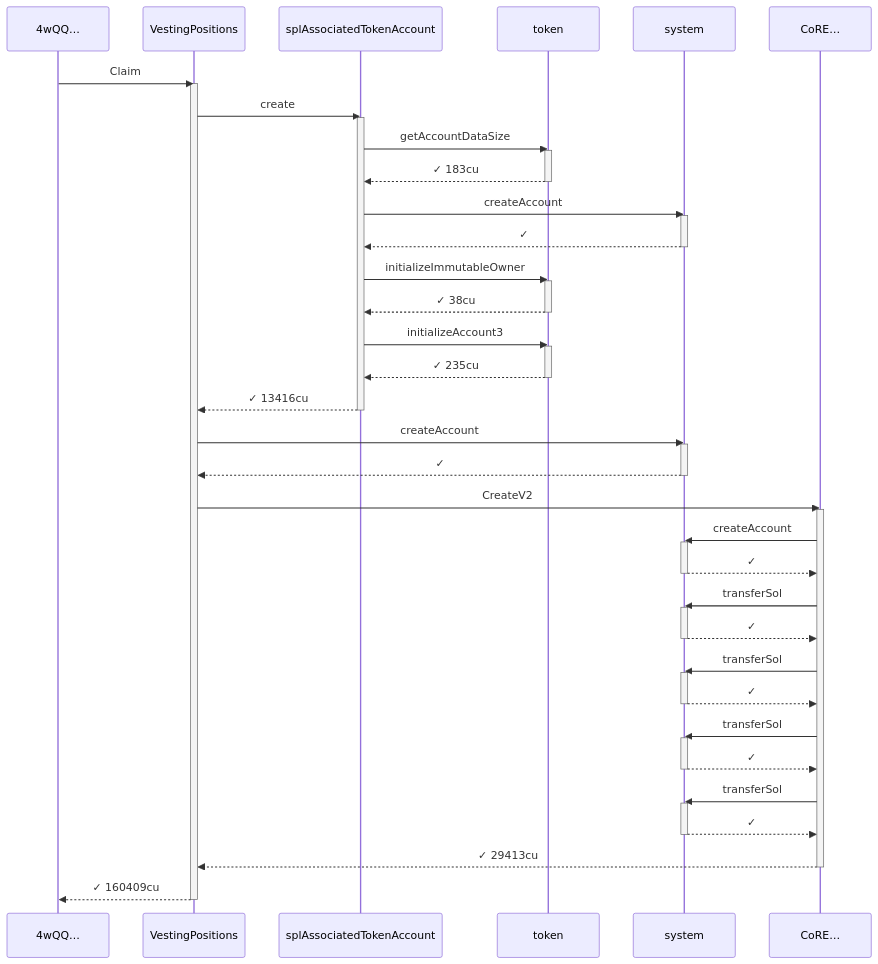
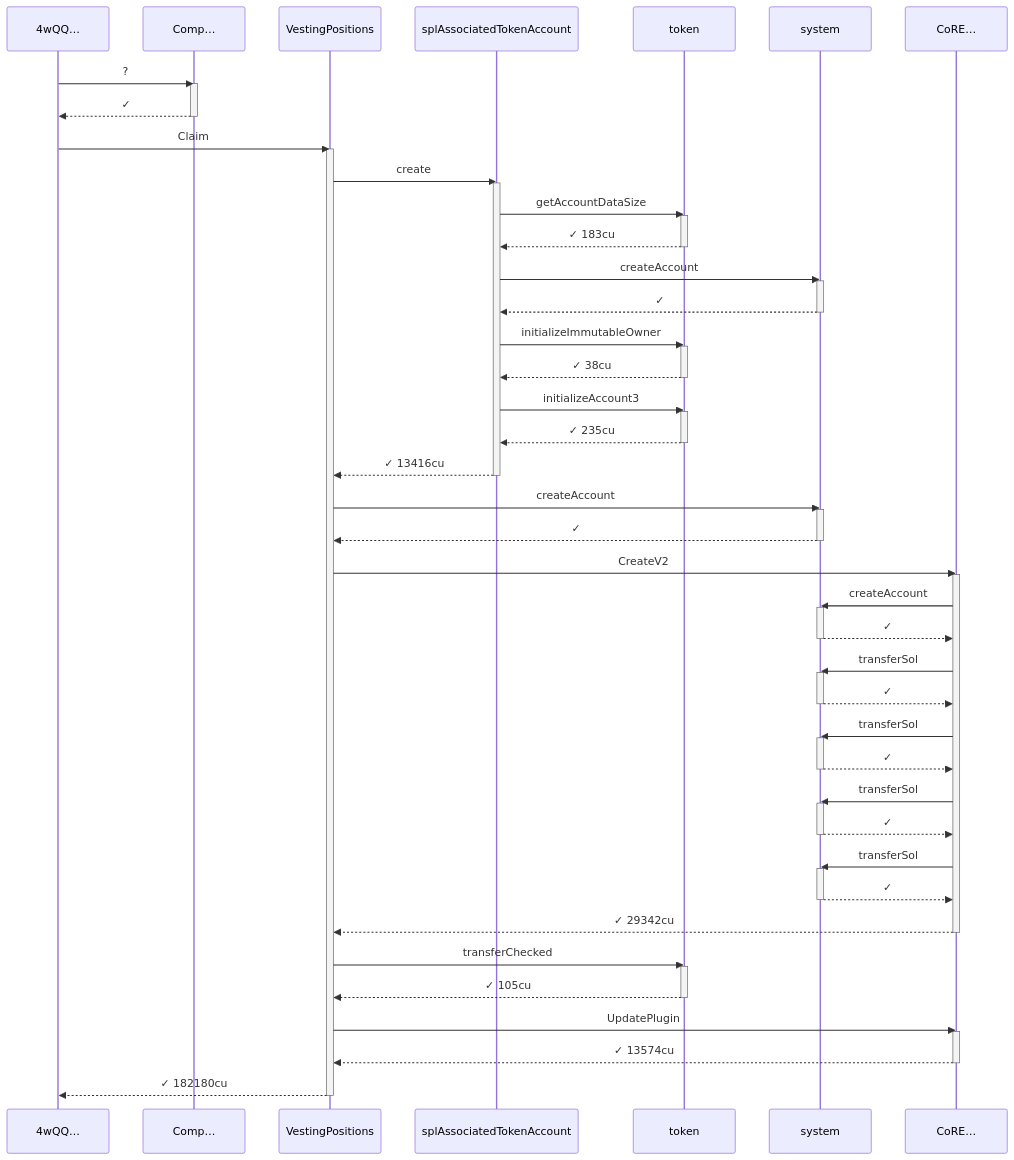
One commit to cds-turbin3/vesting-position changed the second of 2 diagrams in babelfish-tests/test-report/compute_units_profile.md. Above: the diagram before and after it, drawn with Mermaid. The commit also changed other lines of this file and 54 other files, not shown here.

````diff
--- a/babelfish-tests/test-report/compute_units_profile.md
+++ b/babelfish-tests/test-report/compute_units_profile.md
@@ -107,61 +111,74 @@
 ```mermaid
 sequenceDiagram
     participant p0 as 4wQQ…
-    participant p1 as VestingPositions
-    participant p2 as splAssociatedTokenAccount
-    participant p3 as token
-    participant p4 as system
-    participant p5 as CoRE…
-    p0->>p1: Claim
+    participant p1 as Comp…
+    participant p2 as VestingPositions
+    participant p3 as splAssociatedTokenAccount
+    participant p4 as token
+    participant p5 as system
+    participant p6 as CoRE…
+    p0->>p1: ?
     activate p1
-    p1->>p2: create
+    p1-->>p0: ✓
+    deactivate p1
+    p0->>p2: Claim
     activate p2
-    p2->>p3: getAccountDataSize
+    p2->>p3: create
     activate p3
-    p3-->>p2: ✓ 183cu
+    p3->>p4: getAccountDataSize
+    activate p4
+    p4-->>p3: ✓ 183cu
+    deactivate p4
+    p3->>p5: createAccount
+    activate p5
+    p5-->>p3: ✓
+    deactivate p5
+    p3->>p4: initializeImmutableOwner
+    activate p4
+    p4-->>p3: ✓ 38cu
+    deactivate p4
+    p3->>p4: initializeAccount3
+    activate p4
+    p4-->>p3: ✓ 235cu
+    deactivate p4
+    p3-->>p2: ✓ 13416cu
     deactivate p3
-    p2->>p4: createAccount
+    p2->>p5: createAccount
+    activate p5
+    p5-->>p2: ✓
+    deactivate p5
+    p2->>p6: CreateV2
+    activate p6
+    p6->>p5: createAccount
+    activate p5
+    p5-->>p6: ✓
+    deactivate p5
+    p6->>p5: transferSol
+    activate p5
+    p5-->>p6: ✓
+    deactivate p5
+    p6->>p5: transferSol
+    activate p5
+    p5-->>p6: ✓
+    deactivate p5
+    p6->>p5: transferSol
+    activate p5
+    p5-->>p6: ✓
+    deactivate p5
+    p6->>p5: transferSol
+    activate p5
+    p5-->>p6: ✓
+    deactivate p5
+    p6-->>p2: ✓ 29342cu
+    deactivate p6
+    p2->>p4: transferChecked
     activate p4
-    p4-->>p2: ✓
+    p4-->>p2: ✓ 105cu
     deactivate p4
-    p2->>p3: initializeImmutableOwner
-    activate p3
-    p3-->>p2: ✓ 38cu
-    deactivate p3
-    p2->>p3: initializeAccount3
-    activate p3
-    p3-->>p2: ✓ 235cu
-    deactivate p3
-    p2-->>p1: ✓ 13416cu
+    p2->>p6: UpdatePlugin
+    activate p6
+    p6-->>p2: ✓ 13574cu
+    deactivate p6
+    p2-->>p0: ✓ 182180cu
     deactivate p2
-    p1->>p4: createAccount
-    activate p4
-    p4-->>p1: ✓
-    deactivate p4
-    p1->>p5: CreateV2
-    activate p5
-    p5->>p4: createAccount
-    activate p4
-    p4-->>p5: ✓
-    deactivate p4
-    p5->>p4: transferSol
-    activate p4
-    p4-->>p5: ✓
-    deactivate p4
-    p5->>p4: transferSol
-    activate p4
-    p4-->>p5: ✓
-    deactivate p4
-    p5->>p4: transferSol
-    activate p4
-    p4-->>p5: ✓
-    deactivate p4
-    p5->>p4: transferSol
-    activate p4
-    p4-->>p5: ✓
-    deactivate p4
-    p5-->>p1: ✓ 29413cu
-    deactivate p5
-    p1-->>p0: ✓ 160409cu
-    deactivate p1
 ```
````
